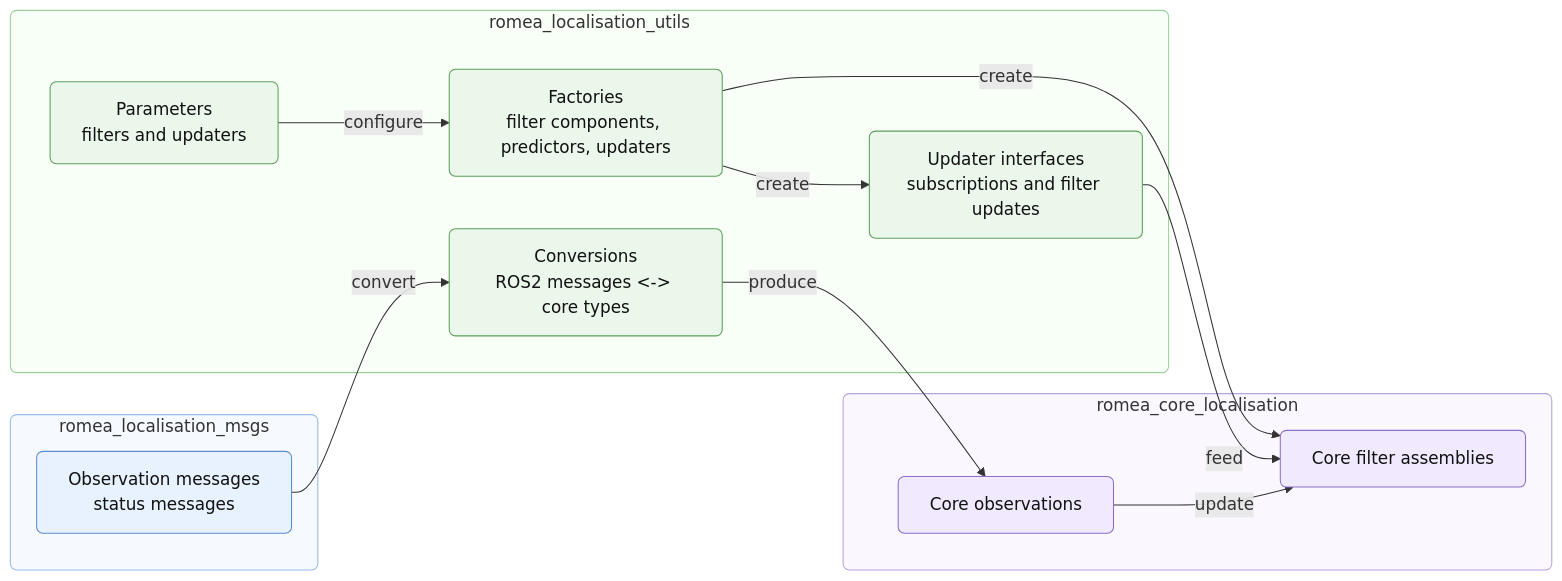
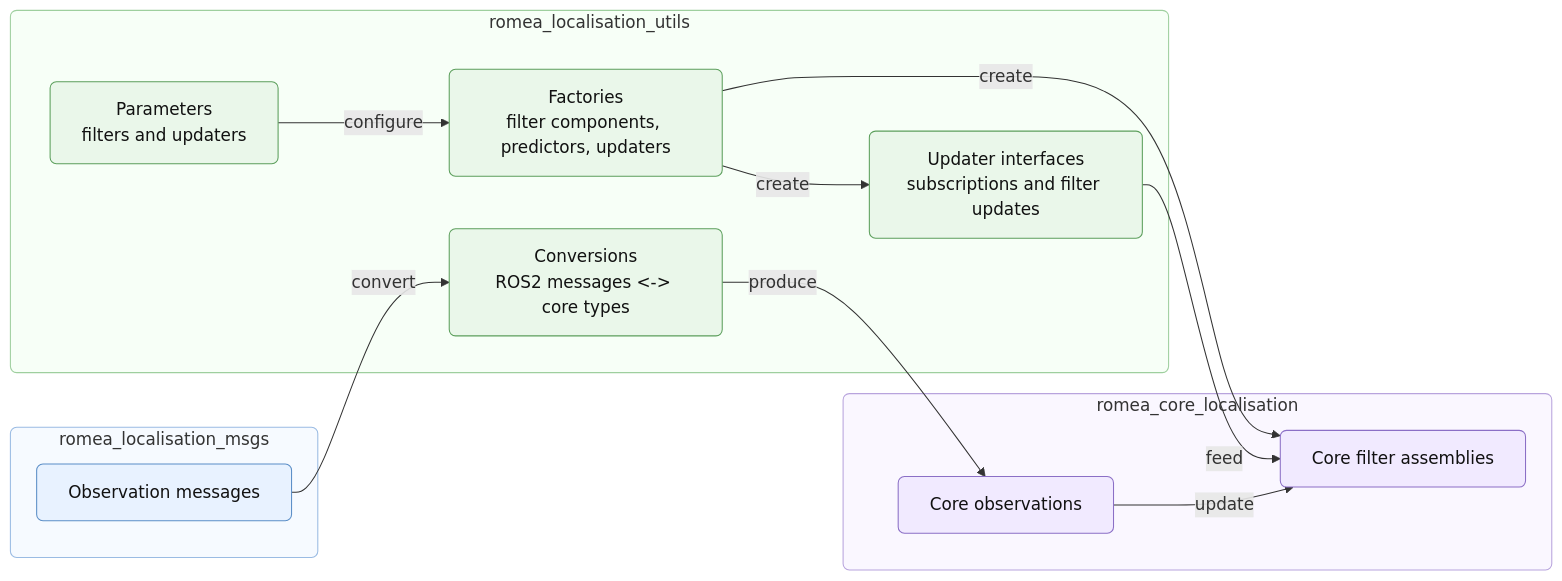
Before and after one commit to Romea/romea-ros2-localisation-utils: the diagram in README.md, drawn with Mermaid. The commit also changed other lines of this file and 4 other files, not shown here.

````diff
--- a/README.md
+++ b/README.md
@@ -16,38 +16,38 @@
 ```mermaid
 flowchart LR
   subgraph ros2_messages["romea_localisation_msgs"]
-    msg["Observation messages<br/>status messages"]
+    msg["Observation messages"]
   end
 
   subgraph utils["romea_localisation_utils"]
     conversions["Conversions<br/>ROS2 messages <-> core types"]
     parameters["Parameters<br/>filters and updaters"]
     factories["Factories<br/>filter components, predictors, updaters"]
     interfaces["Updater interfaces<br/>subscriptions and filter updates"]
   end
 
   subgraph core["romea_core_localisation"]
     observations["Core observations"]
     filters["Core filter assemblies"]
   end
 
   msg -->|convert| conversions
   conversions -->|produce| observations
   parameters -->|configure| factories
   factories -->|create| filters
   factories -->|create| interfaces
   interfaces -->|feed| filters
   observations -->|update| filters
 
   classDef ros2 fill:#e8f2ff,stroke:#5b8ec7,color:#111,rx:6,ry:6
   classDef utilsStyle fill:#eaf7ea,stroke:#5c9f5c,color:#111,rx:6,ry:6
   classDef coreStyle fill:#f1eaff,stroke:#8b6fc6,color:#111,rx:6,ry:6
 
   class msg ros2
   class conversions,parameters,factories,interfaces utilsStyle
   class observations,filters coreStyle
 
   style ros2_messages fill:#f6faff,stroke:#9abbe3,rx:6,ry:6
   style utils fill:#f7fff7,stroke:#9ecf9e,rx:6,ry:6
   style core fill:#faf7ff,stroke:#b8a4dd,rx:6,ry:6
 ```
````
